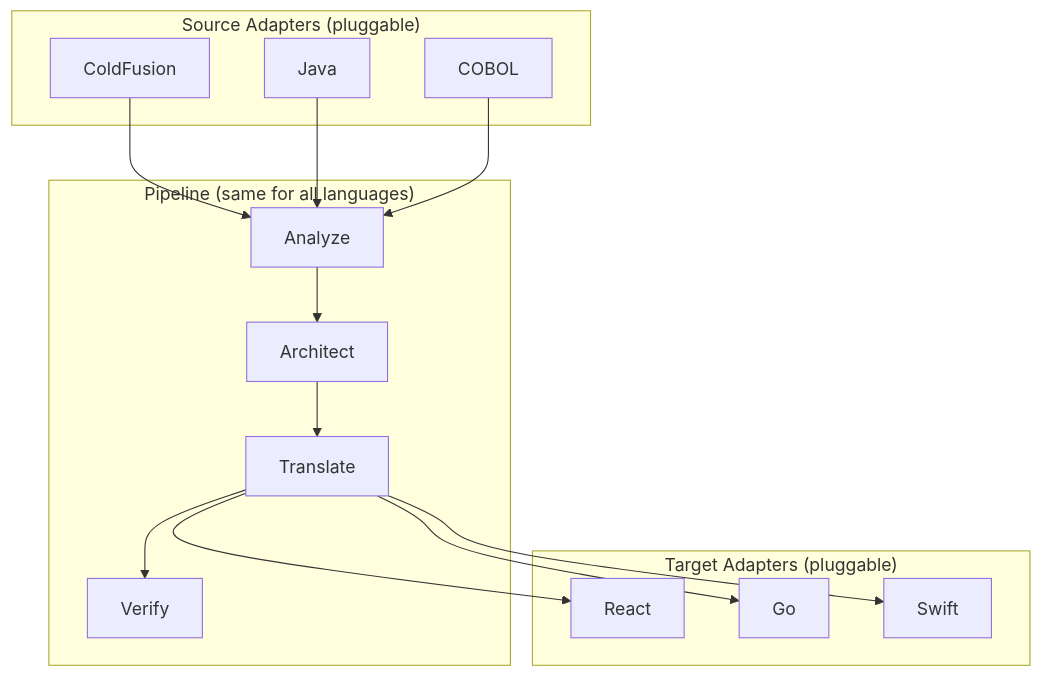
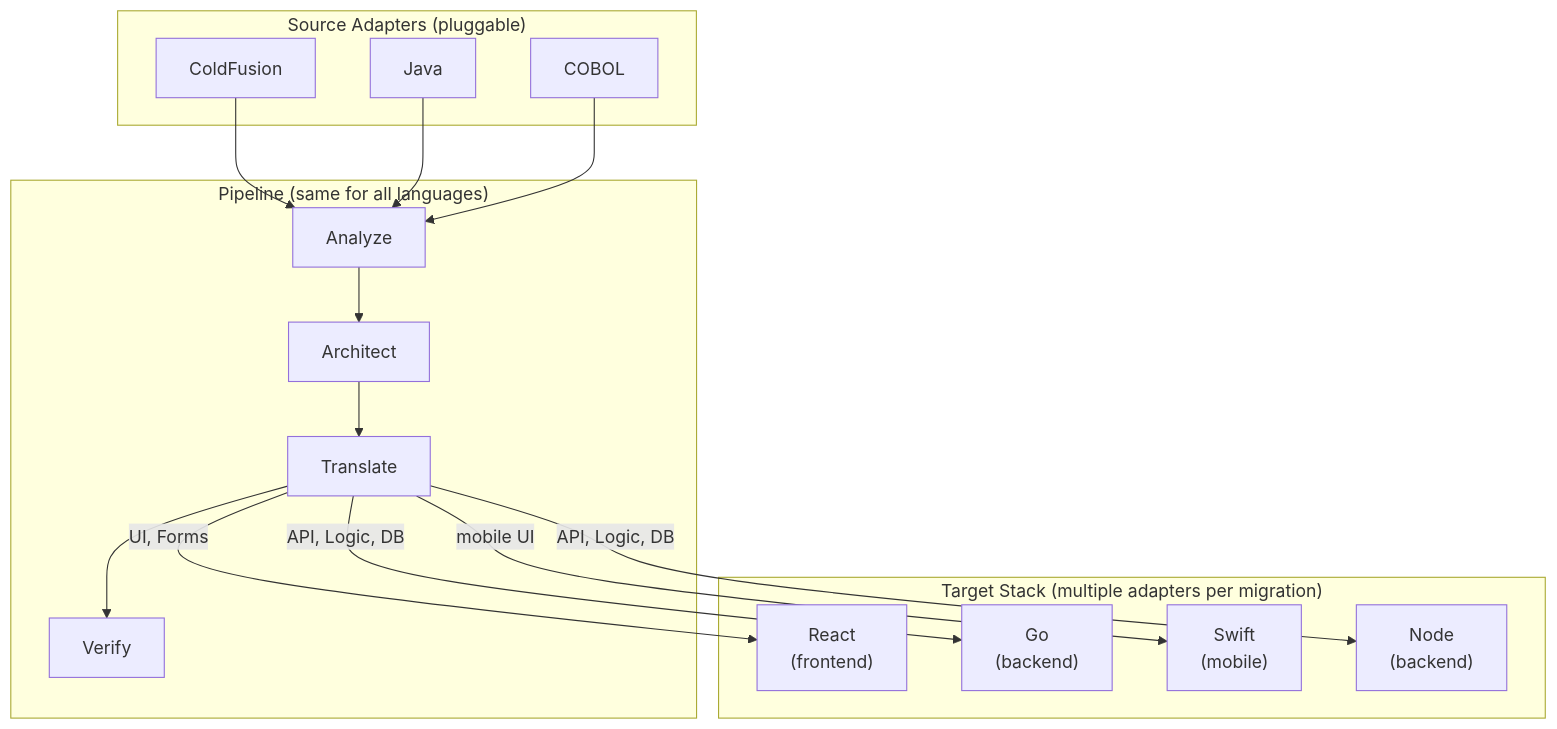
One commit to koustubh25/scratchpad changed diagram 19 of 19 in DESIGN.md. Above: the diagram before and after it, drawn with Mermaid. The commit also changed other lines of this file, not shown here.

````diff
--- a/DESIGN.md
+++ b/DESIGN.md
@@ -468,25 +969,27 @@
 ```mermaid
 flowchart TD
     subgraph "Pipeline (same for all languages)"
         Analyze --> Architect --> Translate --> Verify
     end
 
     subgraph "Source Adapters (pluggable)"
         CF["ColdFusion"]
         Java["Java"]
         COBOL["COBOL"]
     end
 
-    subgraph "Target Adapters (pluggable)"
-        React["React"]
-        Go["Go"]
-        Swift["Swift"]
+    subgraph "Target Stack (multiple adapters per migration)"
+        React["React\n(frontend)"]
+        Go["Go\n(backend)"]
+        Swift["Swift\n(mobile)"]
+        Node["Node\n(backend)"]
     end
 
     CF --> Analyze
     Java --> Analyze
     COBOL --> Analyze
-    Translate --> React
-    Translate --> Go
-    Translate --> Swift
+    Translate -->|"UI, Forms"| React
+    Translate -->|"API, Logic, DB"| Go
+    Translate -->|"mobile UI"| Swift
+    Translate -->|"API, Logic, DB"| Node
 ```
````
